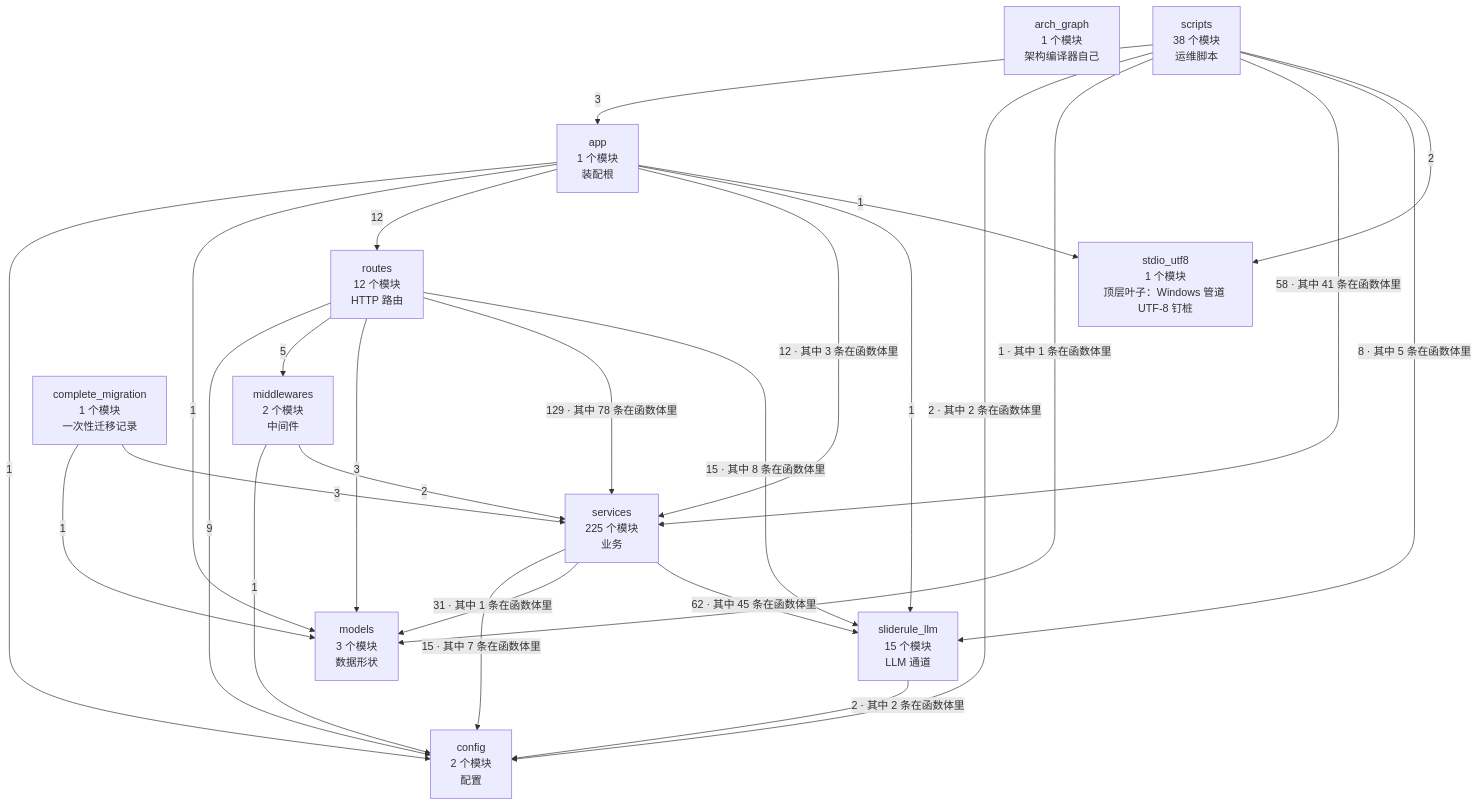
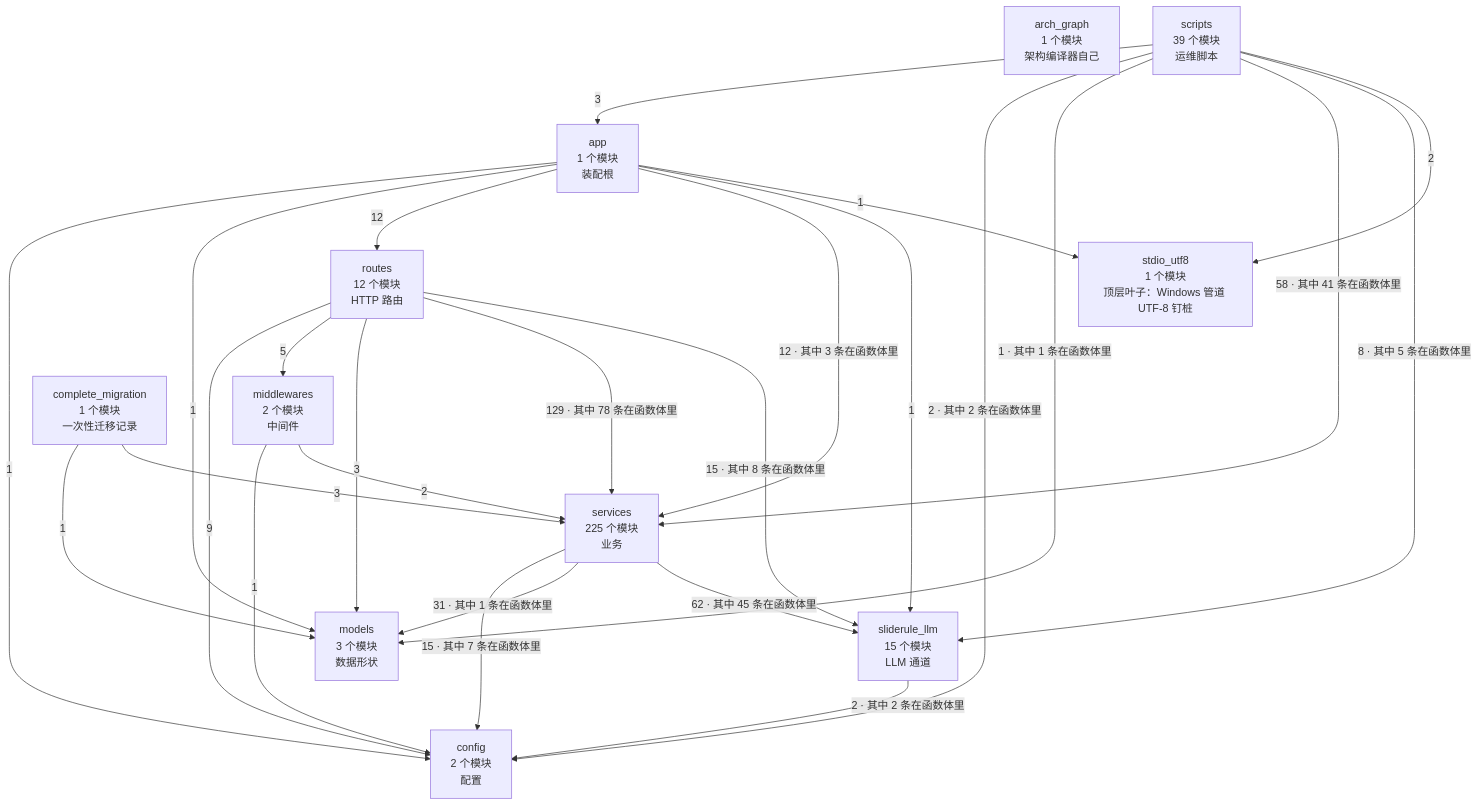
Before and after one commit to 2686521696/WhyBuddy: the second of 4 diagrams in docs/SlideRule V6.2 架构图（自动生成）.md, drawn with Mermaid. The commit also changed other lines of this file and 5 other files, not shown here.

````diff
--- a/docs/SlideRule V6.2 架构图（自动生成）.md
+++ b/docs/SlideRule V6.2 架构图（自动生成）.md
@@ -60,39 +60,39 @@
 ```mermaid
 flowchart TB
   arch_graph["arch_graph<br/>1 个模块<br/>架构编译器自己"]
   config["config<br/>2 个模块<br/>配置"]
   models["models<br/>3 个模块<br/>数据形状"]
   stdio_utf8["stdio_utf8<br/>1 个模块<br/>顶层叶子：Windows 管道 UTF-8 钉桩"]
   sliderule_llm["sliderule_llm<br/>15 个模块<br/>LLM 通道"]
   middlewares["middlewares<br/>2 个模块<br/>中间件"]
   services["services<br/>225 个模块<br/>业务"]
   routes["routes<br/>12 个模块<br/>HTTP 路由"]
   app["app<br/>1 个模块<br/>装配根"]
   complete_migration["complete_migration<br/>1 个模块<br/>一次性迁移记录"]
-  scripts["scripts<br/>38 个模块<br/>运维脚本"]
+  scripts["scripts<br/>39 个模块<br/>运维脚本"]
   app -->|1| config
   app -->|1| models
   app -->|12| routes
   app -->|12 · 其中 3 条在函数体里| services
   app -->|1| sliderule_llm
   app -->|1| stdio_utf8
   complete_migration -->|1| models
   complete_migration -->|3| services
   middlewares -->|1| config
   middlewares -->|2| services
   routes -->|9| config
   routes -->|5| middlewares
   routes -->|3| models
   routes -->|129 · 其中 78 条在函数体里| services
   routes -->|15 · 其中 8 条在函数体里| sliderule_llm
   scripts -->|3| app
   scripts -->|2 · 其中 2 条在函数体里| config
   scripts -->|1 · 其中 1 条在函数体里| models
   scripts -->|58 · 其中 41 条在函数体里| services
   scripts -->|8 · 其中 5 条在函数体里| sliderule_llm
   scripts -->|2| stdio_utf8
   services -->|15 · 其中 7 条在函数体里| config
   services -->|31 · 其中 1 条在函数体里| models
   services -->|62 · 其中 45 条在函数体里| sliderule_llm
   sliderule_llm -->|2 · 其中 2 条在函数体里| config
 ```
````
